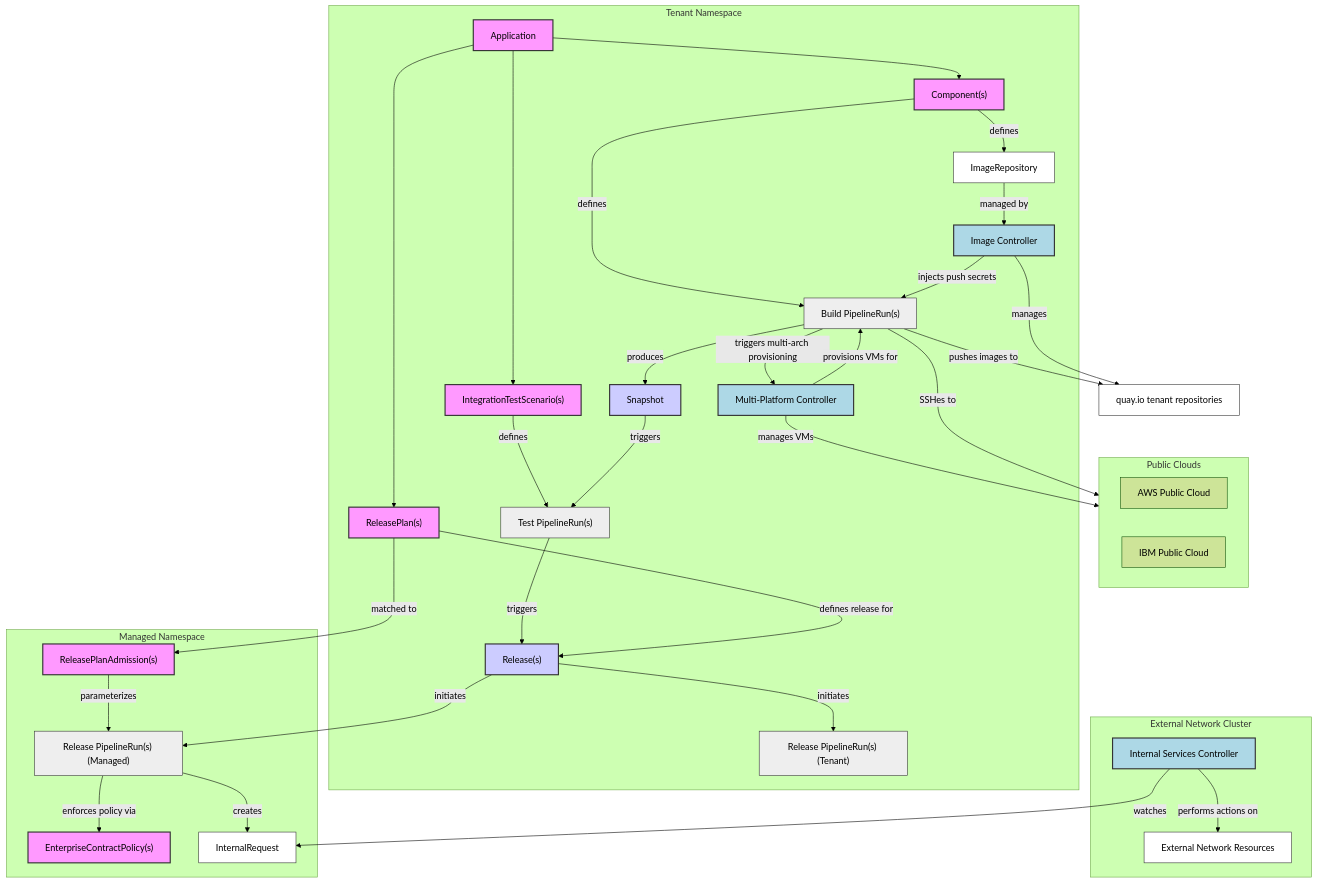
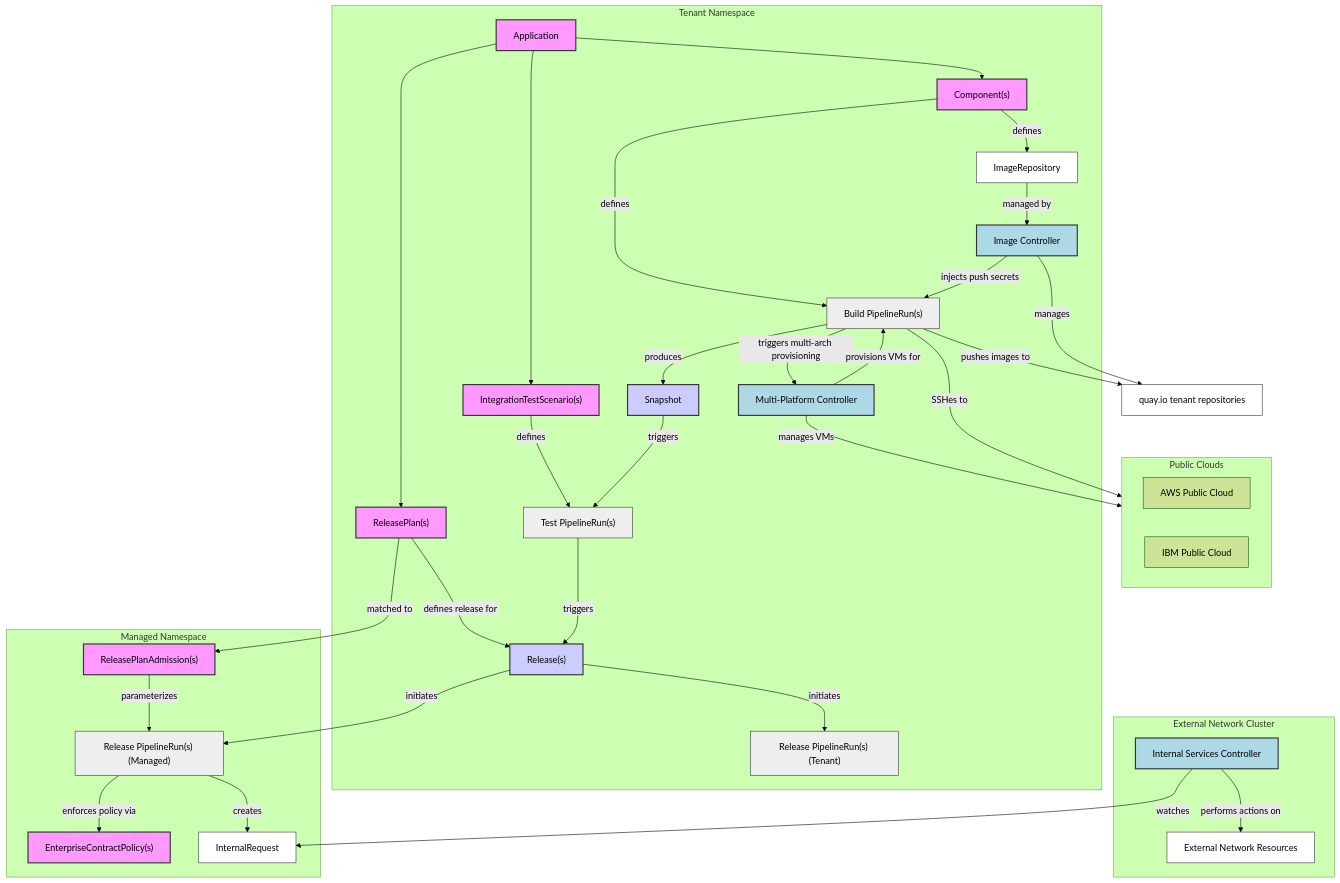
The first of 2 diagrams in architecture/add-ons/index.md (konflux-ci/architecture), drawn with Mermaid (forest theme) before and after one commit.

Commit message:
Switch order

````diff
--- a/architecture/add-ons/index.md
+++ b/architecture/add-ons/index.md
@@ -7,78 +7,78 @@
 ```mermaid
 graph TD
     QIO["quay.io tenant repositories"]
     subgraph clouds[Public Clouds]
         AWS["AWS Public Cloud"]
         IBM["IBM Public Cloud"]
     end
     BPR -- pushes images to --> QIO
     IC -- manages --> QIO
     MPC -- manages VMs --> clouds
     BPR -- SSHes to --> clouds
 
     subgraph tenant[Tenant Namespace]
         App[Application] --> Comp["Component(s)"]
         App --> ITS["IntegrationTestScenario(s)"]
         App --> RP["ReleasePlan(s)"]
 
         Comp -- defines --> BPR["Build PipelineRun(s)"]
         BPR -- produces --> Snap["Snapshot"]
         ITS -- defines --> TPR["Test PipelineRun(s)"]
         Snap -- triggers --> TPR
-        TPR -- triggers --> Release["Release(s)"]
-        RP -- defines release for --> Release
+        RP -- defines release for --> Release["Release(s)"]
+        TPR -- triggers --> Release
 
         Release -- initiates --> PR["Release PipelineRun(s) (Tenant)"]
         Comp -- defines --> IR["ImageRepository"]
         IR -- managed by --> IC["Image Controller"]
         IC -- injects push secrets --> BPR
         BPR -- triggers multi-arch provisioning --> MPC["Multi-Platform Controller"]
         MPC -- provisions VMs for --> BPR
     end
 
     subgraph managed[Managed Namespace]
         RPA["ReleasePlanAdmission(s)"]
         ECP["EnterpriseContractPolicy(s)"]
 
         Release -- initiates --> PRM["Release PipelineRun(s) (Managed)"]
         RP -- matched to --> RPA
         RPA -- parameterizes --> PRM
         PRM -- enforces policy via --> ECP
         PRM -- creates --> IRR["InternalRequest"]
     end
 
     subgraph external[External Network Cluster]
         ISC["Internal Services Controller"]
         ISC -- watches --> IRR
         ISC -- performs actions on --> EXT["External Network Resources"]
     end
 
     style App fill:#f9f,stroke:#333,stroke-width:2px
     style Comp fill:#f9f,stroke:#333,stroke-width:2px
     style Snap fill:#ccf,stroke:#333,stroke-width:2px
     style ITS fill:#f9f,stroke:#333,stroke-width:2px
     style RP fill:#f9f,stroke:#333,stroke-width:2px
     style Release fill:#ccf,stroke:#333,stroke-width:2px
     style PR fill:#eee,stroke:#333,stroke-width:1px
     style PRM fill:#eee,stroke:#333,stroke-width:1px
     style BPR fill:#eee,stroke:#333,stroke-width:1px
     style TPR fill:#eee,stroke:#333,stroke-width:1px
     style RPA fill:#f9f,stroke:#333,stroke-width:2px
     style ECP fill:#f9f,stroke:#333,stroke-width:2px
     style IC fill:#add8e6,stroke:#333,stroke-width:2px
     style QIO fill:#fff,stroke:#333,stroke-width:1px
     style MPC fill:#add8e6,stroke:#333,stroke-width:2px
     style IR fill:#fff,stroke:#333,stroke-width:1px
     style IRR fill:#fff,stroke:#333,stroke-width:1px
     style ISC fill:#add8e6,stroke:#333,stroke-width:2px
     style EXT fill:#fff,stroke:#333,stroke-width:1px
 
     classDef controlPlane fill:#f9f,stroke:#333,stroke-width:2px;
     class App,Comp,ITS,RP,RPA,ECP,IC,MPC,ISC controlPlane;
 
     classDef dataPlane fill:#ccf,stroke:#333,stroke-width:2px;
     class Snap,Release dataPlane;
 
     classDef tekton fill:#eee,stroke:#333,stroke-width:1px;
     class PR,PRM,BPR,TPR tekton;
 ```
````
